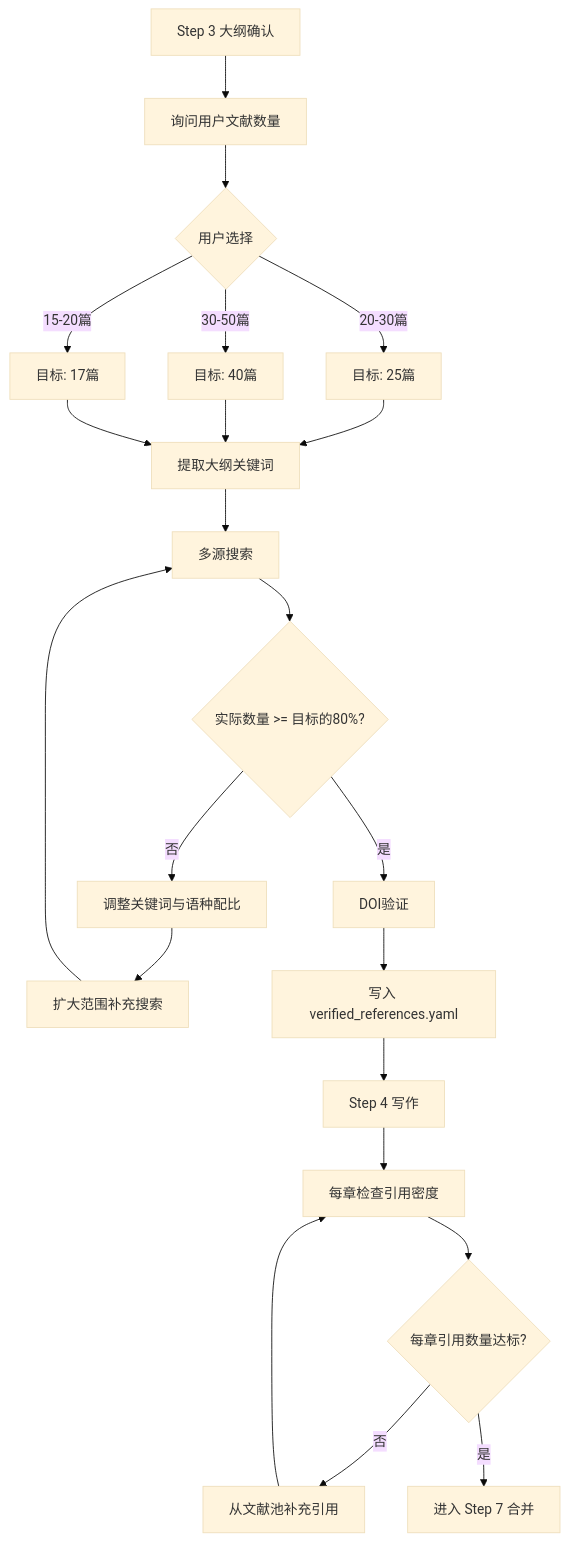
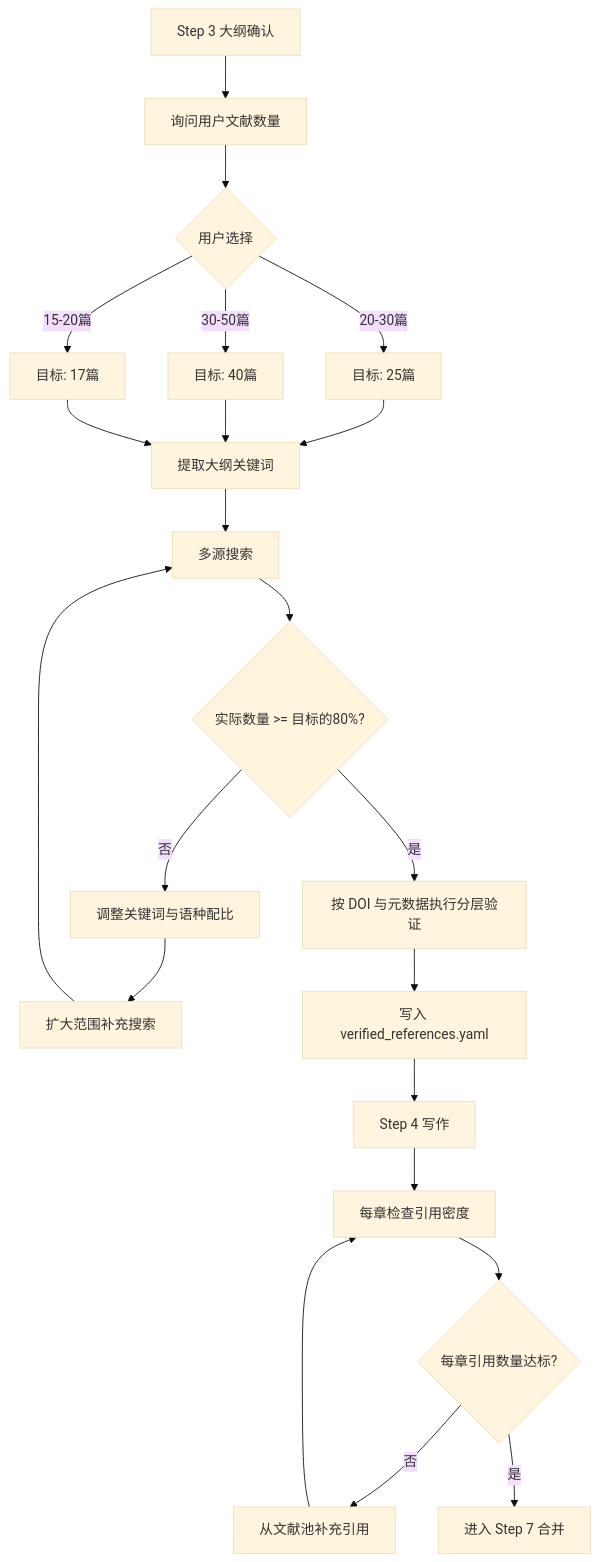
One commit to Stars-OC/thesis-creator changed the diagram in workflows/reference_workflow.md. Above: the diagram before and after it, drawn with Mermaid (base theme). The commit also changed other lines of this file and 22 other files, not shown here.

First line of the commit message:
feat: 完善文献校验与图片导出闭环

````diff
--- a/workflows/reference_workflow.md
+++ b/workflows/reference_workflow.md
@@ -17,24 +18,24 @@
 ```mermaid
 flowchart TD
     A[Step 3 大纲确认] --> B[询问用户文献数量]
     B --> C{用户选择}
     C -->|20-30篇| D[目标: 25篇]
     C -->|30-50篇| E[目标: 40篇]
     C -->|15-20篇| F[目标: 17篇]
     D --> G[提取大纲关键词]
     E --> G
     F --> G
     G --> H[多源搜索]
     H --> I{实际数量 >= 目标的80%?}
     I -->|否| J[调整关键词与语种配比]
     J --> K[扩大范围补充搜索]
     K --> H
-    I -->|是| L[DOI验证]
+    I -->|是| L[按 DOI 与元数据执行分层验证]
     L --> M[写入 verified_references.yaml]
     M --> N[Step 4 写作]
     N --> O[每章检查引用密度]
     O --> P{每章引用数量达标?}
     P -->|否| Q[从文献池补充引用]
     Q --> O
     P -->|是| R[进入 Step 7 合并]
 ```
````
